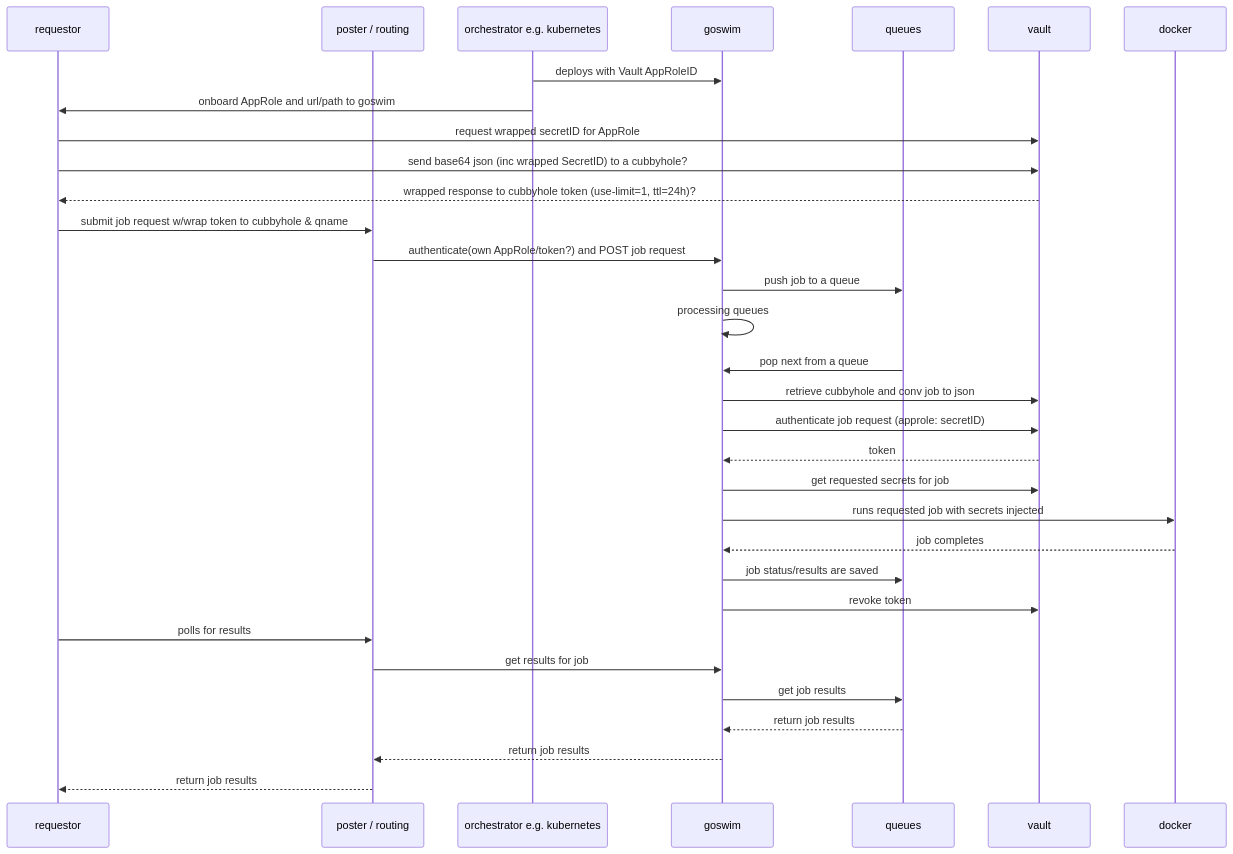
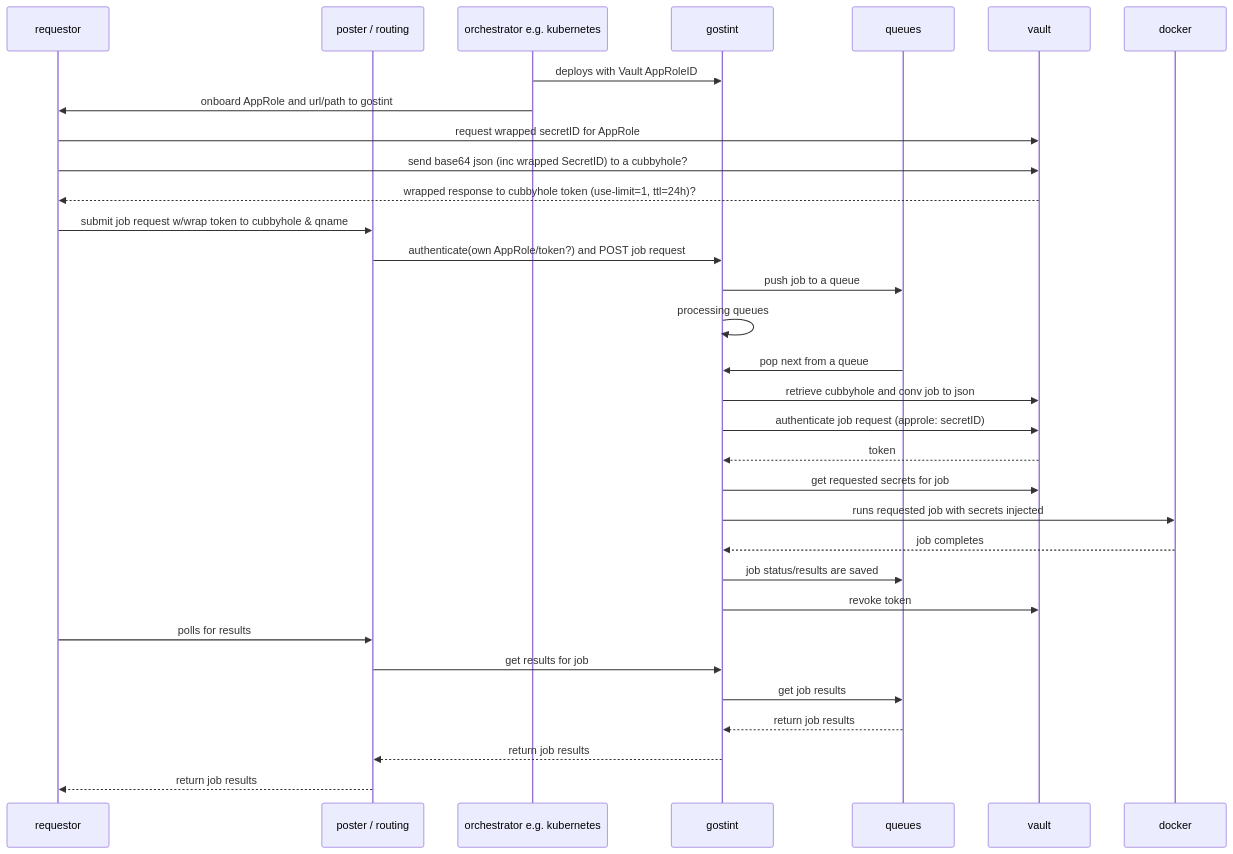
The third of 6 diagrams in docs/jobsequence.md (goethite/gostint), drawn with Mermaid before and after one commit. The commit also changed other lines of this file and 44 other files, not shown here.

````diff
--- a/docs/jobsequence.md
+++ b/docs/jobsequence.md
@@ -92,47 +92,47 @@
 ```mermaid
 sequenceDiagram
   participant requestor
   participant poster as poster / routing
   participant o as orchestrator e.g. kubernetes
-  participant goswim
+  participant gostint
   participant queues
   participant vault
   participant docker
 
 
   %% Assuming participants requestor and poster are already authenticated
   %% with the vault (assuming using their own AppRoles, with appropriate
   %% policies).
 
-  %% goswim deployment
-  o->>goswim: deploys with Vault AppRoleID
-  o->>requestor: onboard AppRole and url/path to goswim
+  %% gostint deployment
+  o->>gostint: deploys with Vault AppRoleID
+  o->>requestor: onboard AppRole and url/path to gostint
 
-  %% requestor consumes goswim as an automation service
+  %% requestor consumes gostint as an automation service
   requestor->>vault: request wrapped secretID for AppRole
   requestor->>vault: send base64 json (inc wrapped SecretID) to a cubbyhole?
   vault-->>requestor: wrapped response to cubbyhole token (use-limit=1, ttl=24h)?
   requestor->>poster: submit job request w/wrap token to cubbyhole & qname
 
-  poster->>goswim: authenticate(own AppRole/token?) and POST job request
+  poster->>gostint: authenticate(own AppRole/token?) and POST job request
 
-  goswim->>queues: push job to a queue
-  goswim->>goswim: processing queues
+  gostint->>queues: push job to a queue
+  gostint->>gostint: processing queues
 
-  queues->>goswim: pop next from a queue
-  goswim->>vault: retrieve cubbyhole and conv job to json
-  goswim->>vault: authenticate job request (approle: secretID)
-  vault-->>goswim: token
-  goswim->>vault: get requested secrets for job
-  goswim->>docker: runs requested job with secrets injected
-  docker-->>goswim: job completes
-  goswim->>queues: job status/results are saved
-  goswim->>vault: revoke token
+  queues->>gostint: pop next from a queue
+  gostint->>vault: retrieve cubbyhole and conv job to json
+  gostint->>vault: authenticate job request (approle: secretID)
+  vault-->>gostint: token
+  gostint->>vault: get requested secrets for job
+  gostint->>docker: runs requested job with secrets injected
+  docker-->>gostint: job completes
+  gostint->>queues: job status/results are saved
+  gostint->>vault: revoke token
 
   requestor->>poster: polls for results
-  poster->>goswim: get results for job
-  goswim->>queues: get job results
-  queues-->>goswim: return job results
-  goswim-->>poster: return job results
+  poster->>gostint: get results for job
+  gostint->>queues: get job results
+  queues-->>gostint: return job results
+  gostint-->>poster: return job results
   poster-->>requestor: return job results
 ```
````
